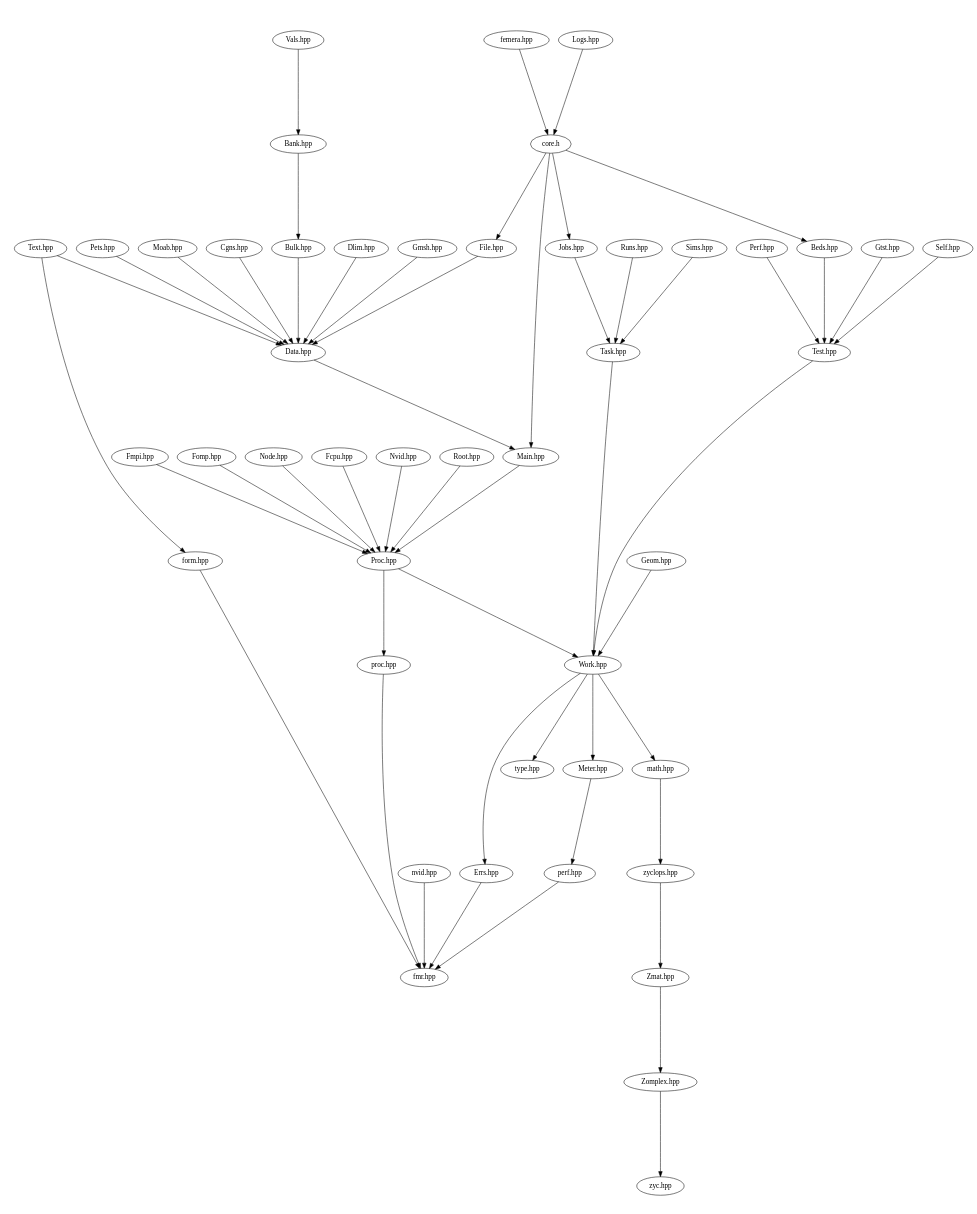
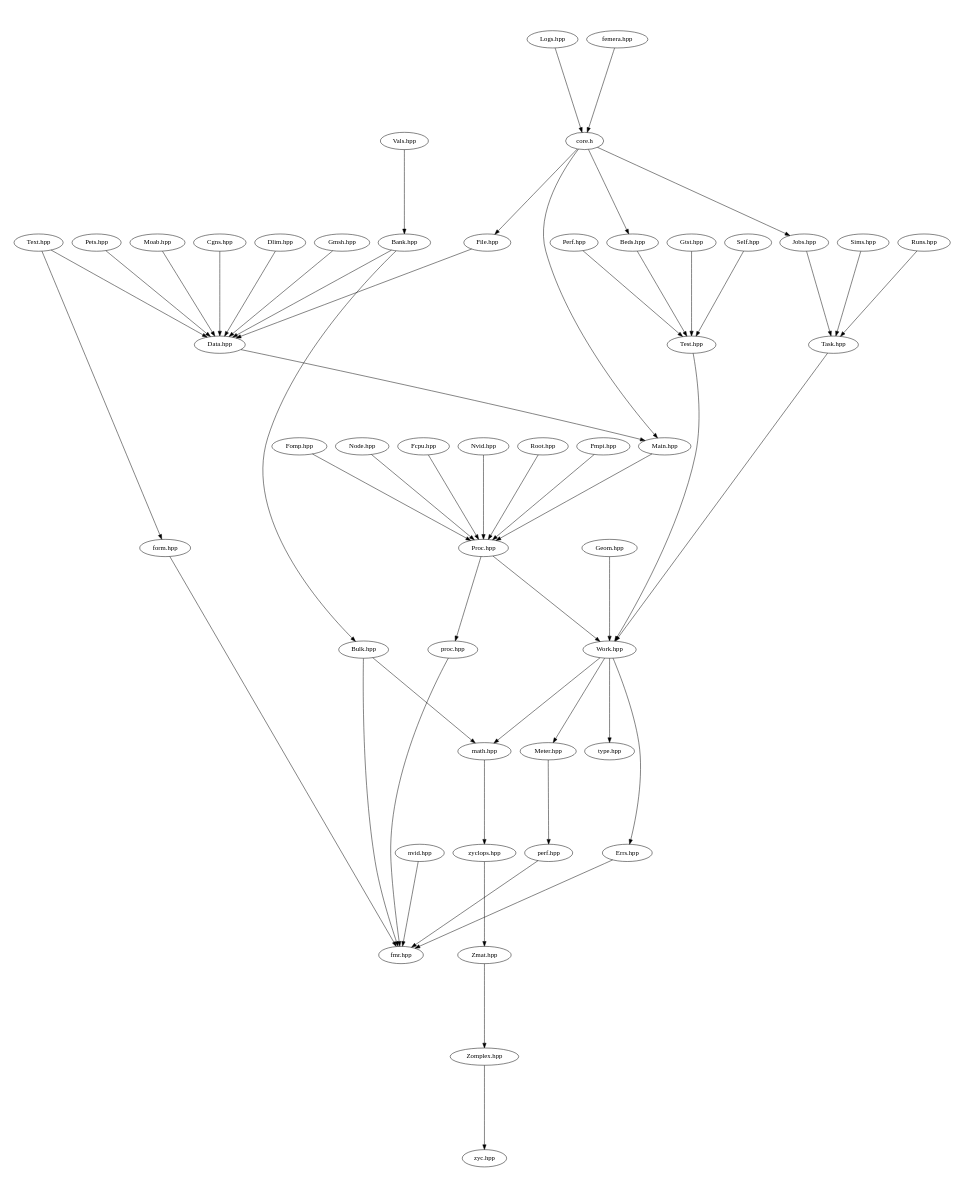
One commit to waggyz/femera-mini-app changed the diagram in src/docs/src-headers.dot. Above: the diagram before and after it, drawn with Graphviz. The commit also changed 6 other files, not shown here.

```diff
--- a/src/docs/src-headers.dot
+++ b/src/docs/src-headers.dot
@@ -1,59 +1,61 @@
 digraph "source tree" {
     overlap=scale;
     size="8,10";
     ratio="fill";
     fontsize="16";
     fontname="Helvetica";
 	clusterrank="local";
 	"Zmat.hpp" -> "Zomplex.hpp"
 	"Meter.hpp" -> "perf.hpp"
 	"Work.hpp" -> "Errs.hpp"
 	"Proc.hpp" -> "proc.hpp"
 	"Nvid.hpp" -> "Proc.hpp"
 	"Root.hpp" -> "Proc.hpp"
 	"Perf.hpp" -> "Test.hpp"
 	"core.h" -> "Main.hpp"
 	"Vals.hpp" -> "Bank.hpp"
 	"nvid.hpp" -> "fmr.hpp"
 	"perf.hpp" -> "fmr.hpp"
 	"Work.hpp" -> "math.hpp"
+	"Bulk.hpp" -> "math.hpp"
 	"Fmpi.hpp" -> "Proc.hpp"
 	"Test.hpp" -> "Work.hpp"
 	"Fomp.hpp" -> "Proc.hpp"
-	"Bulk.hpp" -> "Data.hpp"
 	"Data.hpp" -> "Main.hpp"
 	"zyclops.hpp" -> "Zmat.hpp"
 	"Text.hpp" -> "form.hpp"
 	"core.h" -> "Beds.hpp"
 	"Errs.hpp" -> "fmr.hpp"
 	"Task.hpp" -> "Work.hpp"
 	"Gmsh.hpp" -> "Data.hpp"
 	"Node.hpp" -> "Proc.hpp"
 	"Geom.hpp" -> "Work.hpp"
 	"File.hpp" -> "Data.hpp"
 	"Beds.hpp" -> "Test.hpp"
 	"form.hpp" -> "fmr.hpp"
 	"Gtst.hpp" -> "Test.hpp"
 	"Work.hpp" -> "Meter.hpp"
 	"Runs.hpp" -> "Task.hpp"
 	"proc.hpp" -> "fmr.hpp"
 	"math.hpp" -> "zyclops.hpp"
 	"Pets.hpp" -> "Data.hpp"
 	"Text.hpp" -> "Data.hpp"
 	"Logs.hpp" -> "core.h"
 	"Work.hpp" -> "type.hpp"
 	"Fcpu.hpp" -> "Proc.hpp"
 	"Bank.hpp" -> "Bulk.hpp"
 	"Moab.hpp" -> "Data.hpp"
 	"Cgns.hpp" -> "Data.hpp"
 	"core.h" -> "File.hpp"
+	"Bulk.hpp" -> "fmr.hpp"
 	"Self.hpp" -> "Test.hpp"
 	"core.h" -> "Jobs.hpp"
 	"Zomplex.hpp" -> "zyc.hpp"
 	"Proc.hpp" -> "Work.hpp"
 	"Sims.hpp" -> "Task.hpp"
 	"femera.hpp" -> "core.h"
+	"Bank.hpp" -> "Data.hpp"
 	"Dlim.hpp" -> "Data.hpp"
 	"Main.hpp" -> "Proc.hpp"
 	"Jobs.hpp" -> "Task.hpp"
 }
```
